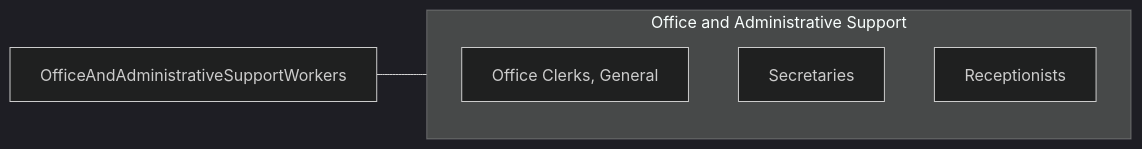
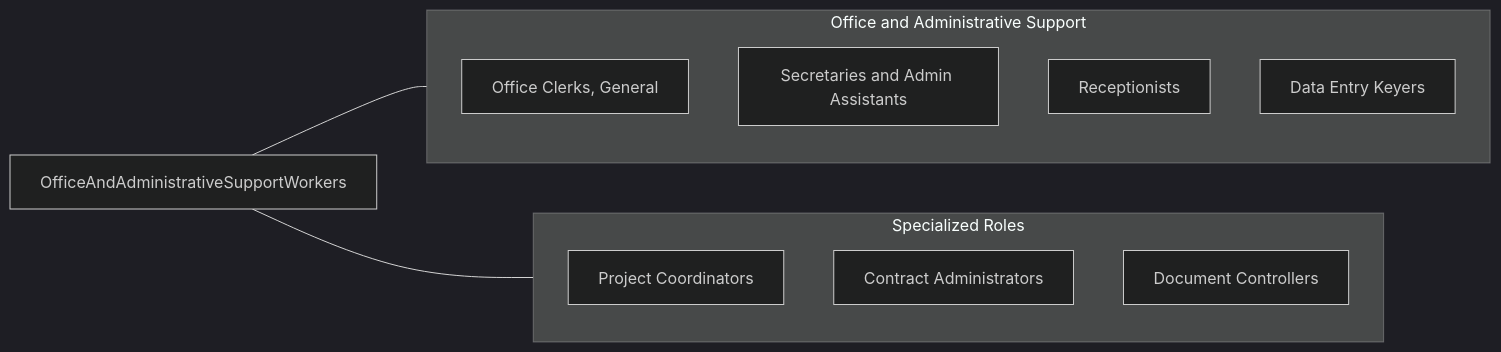
The fourth of 4 diagrams in occupations/Administrative/OfficeAndAdministrativeSupportWorkers.mdx (kziemski/business.org.ai), drawn with Mermaid (dark theme) before and after one commit. The commit also changed other lines of this file and 19 other files, not shown here.

````diff
--- a/occupations/Administrative/OfficeAndAdministrativeSupportWorkers.mdx
+++ b/occupations/Administrative/OfficeAndAdministrativeSupportWorkers.mdx
@@ -99,10 +227,20 @@
 ```mermaid
 graph LR
     Current["OfficeAndAdministrativeSupportWorkers"]
+
     subgraph SameCategory["Office and Administrative Support"]
-        ROfficeClerks["Office Clerks, General"]
-        RSecretaries["Secretaries"]
-        RReceptionists["Receptionists"]
+        OfficeClerks["Office Clerks, General"]
+        Secretaries["Secretaries and Admin Assistants"]
+        Receptionists["Receptionists"]
+        DataEntry["Data Entry Keyers"]
     end
+
+    subgraph CrossFunctional["Specialized Roles"]
+        ProjectCoordinators["Project Coordinators"]
+        ContractAdmin["Contract Administrators"]
+        DocumentControl["Document Controllers"]
+    end
+
     Current --- SameCategory
+    Current --- CrossFunctional
 ```
````
